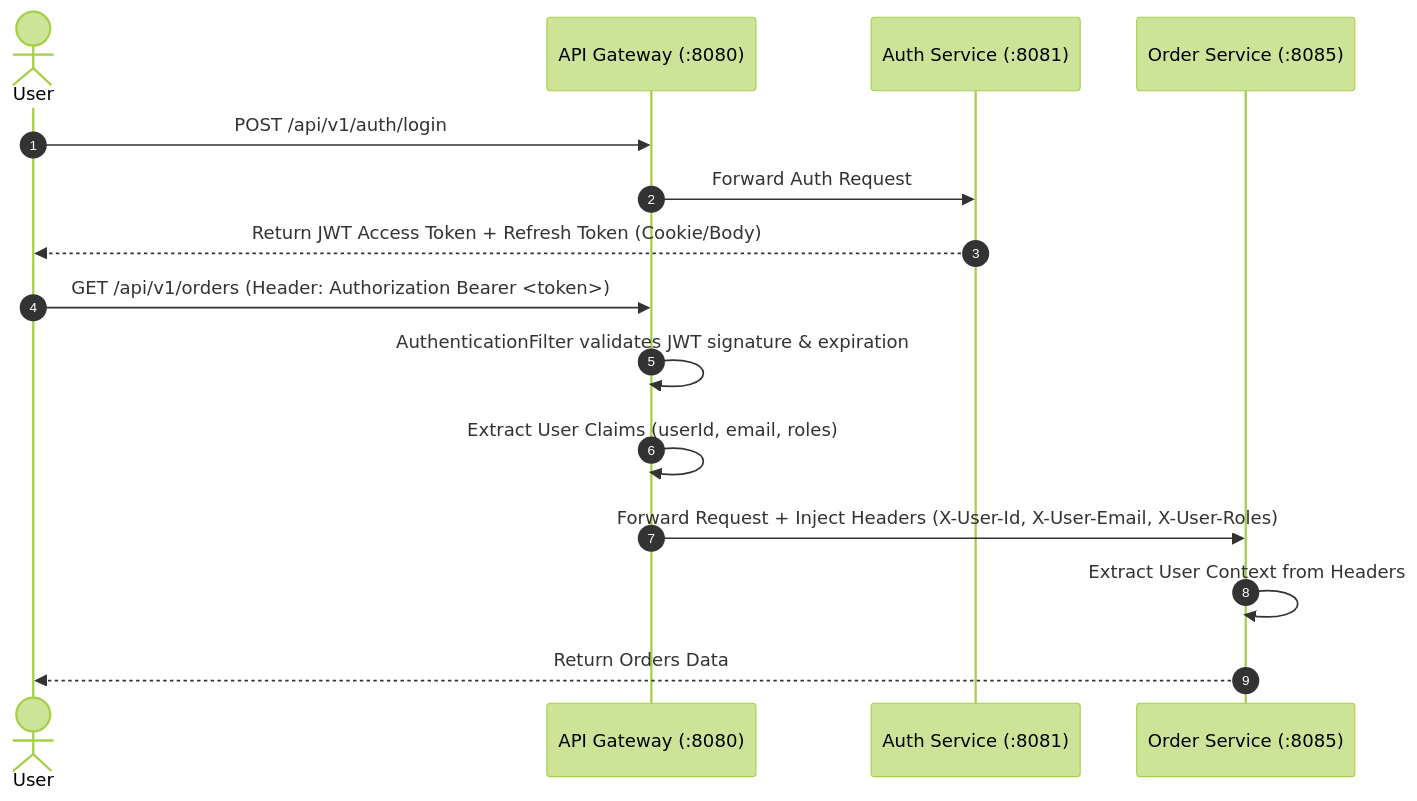
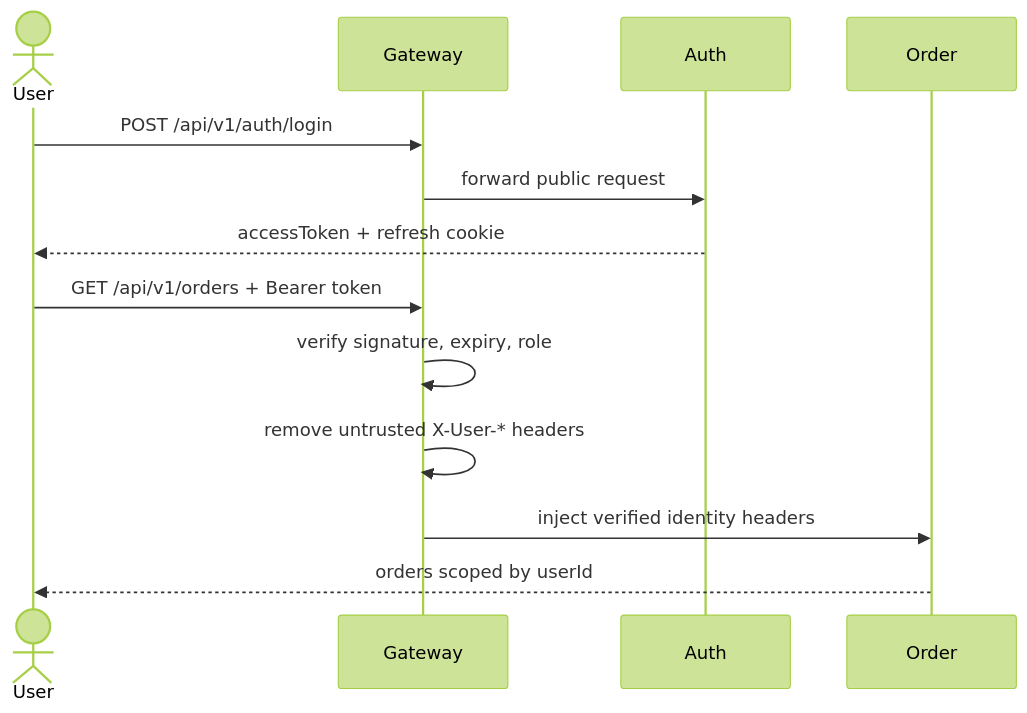
The second of 2 diagrams in docs/architecture/overview.md (kyro-ecommerce/Backend), drawn with Mermaid (forest theme) before and after one commit. The commit also changed other lines of this file and 7 other files, not shown here.

````diff
--- a/docs/architecture/overview.md
+++ b/docs/architecture/overview.md
@@ -157,19 +82,15 @@
 ```mermaid
 sequenceDiagram
-    autonumber
     actor User
-    participant Gateway as API Gateway (:8080)
-    participant Auth as Auth Service (:8081)
-    participant Order as Order Service (:8085)
-
-    User->>Gateway: POST /api/v1/auth/login
-    Gateway->>Auth: Forward Auth Request
-    Auth-->>User: Return JWT Access Token + Refresh Token (Cookie/Body)
-
-    User->>Gateway: GET /api/v1/orders (Header: Authorization Bearer <token>)
-    Gateway->>Gateway: AuthenticationFilter validates JWT signature & expiration
-    Gateway->>Gateway: Extract User Claims (userId, email, roles)
-    Gateway->>Order: Forward Request + Inject Headers (X-User-Id, X-User-Email, X-User-Roles)
-    Order->>Order: Extract User Context from Headers
-    Order-->>User: Return Orders Data
+    participant GW as Gateway
+    participant Auth as Auth
+    participant Order as Order
+    User->>GW: POST /api/v1/auth/login
+    GW->>Auth: forward public request
+    Auth-->>User: accessToken + refresh cookie
+    User->>GW: GET /api/v1/orders + Bearer token
+    GW->>GW: verify signature, expiry, role
+    GW->>GW: remove untrusted X-User-* headers
+    GW->>Order: inject verified identity headers
+    Order-->>User: orders scoped by userId
 ```
````
